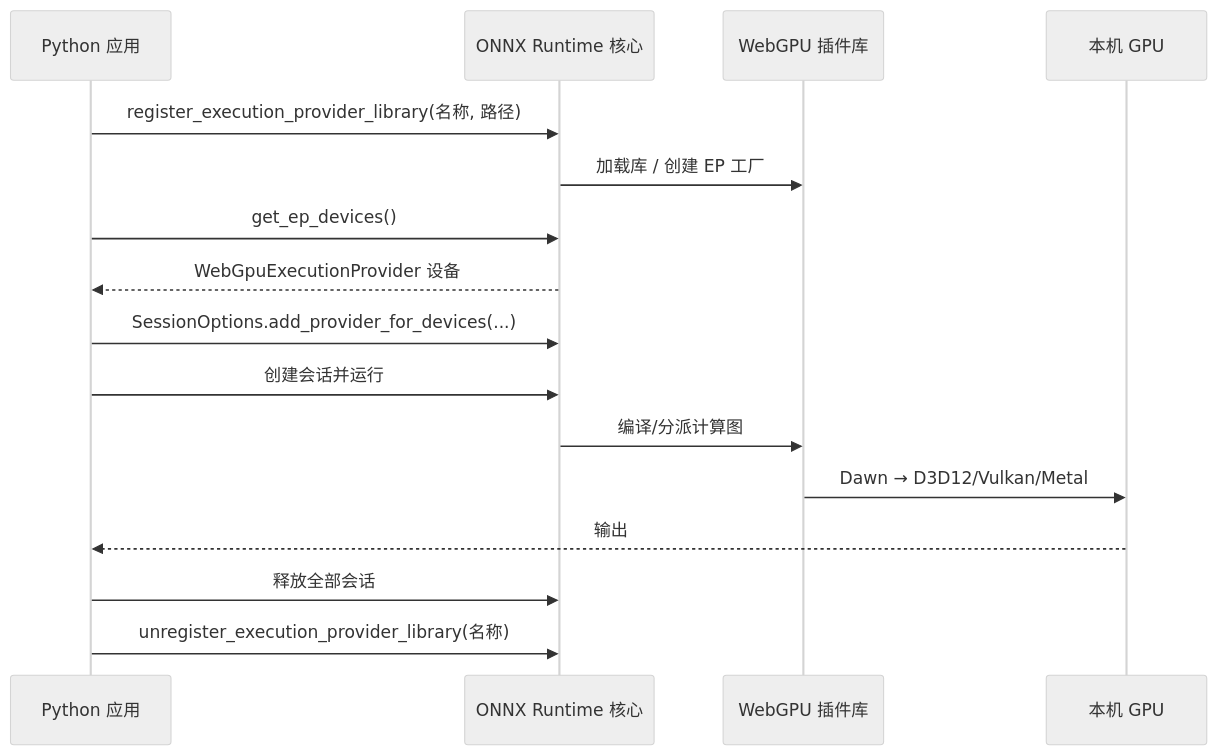
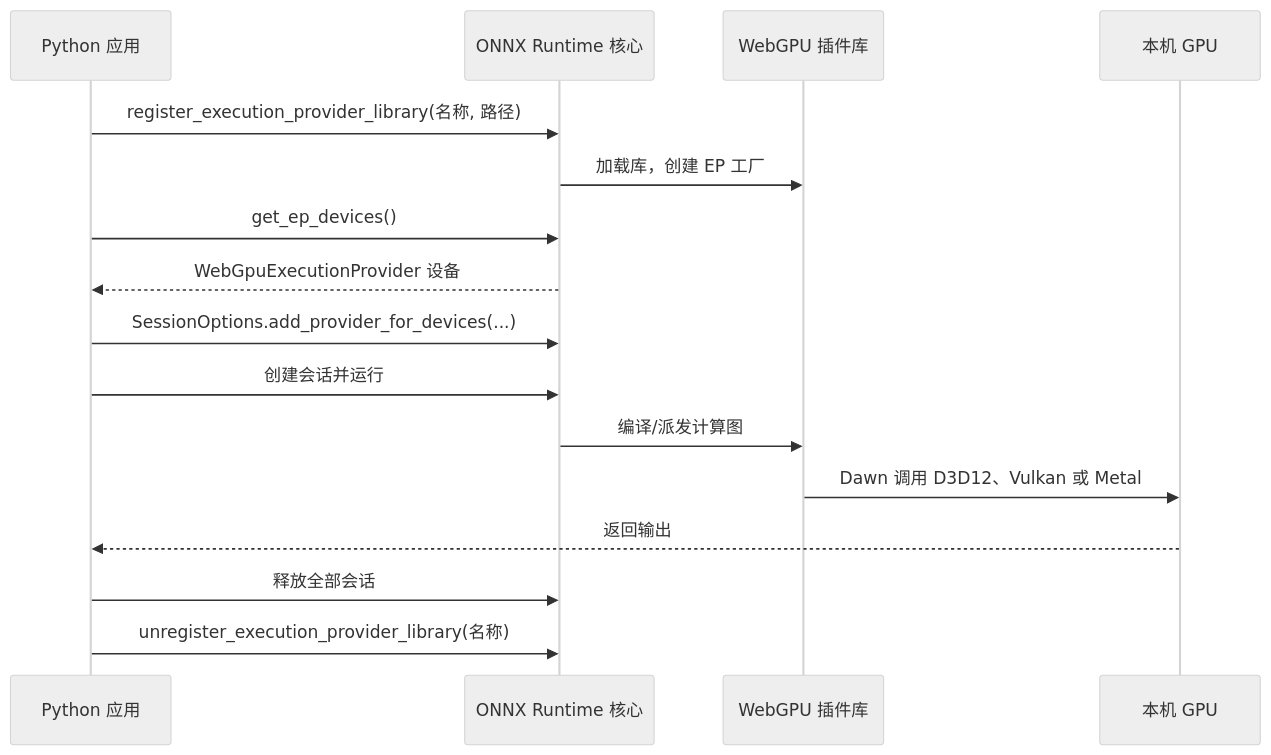
The fifth of 7 diagrams in WebGPU/README.zh-CN.md (DakeQQ/Tutorial-ONNX-Runtime-Execution-Providers), drawn with Mermaid (neutral theme) before and after one commit. The commit also changed other lines of this file and 15 other files, not shown here.

````diff
--- a/WebGPU/README.zh-CN.md
+++ b/WebGPU/README.zh-CN.md
@@ -521,18 +601,18 @@
 ```mermaid
 sequenceDiagram
     participant App as Python 应用
     participant ORT as ONNX Runtime 核心
     participant Lib as WebGPU 插件库
     participant GPU as 本机 GPU
     App->>ORT: register_execution_provider_library(名称, 路径)
-    ORT->>Lib: 加载库 / 创建 EP 工厂
+    ORT->>Lib: 加载库，创建 EP 工厂
     App->>ORT: get_ep_devices()
     ORT-->>App: WebGpuExecutionProvider 设备
     App->>ORT: SessionOptions.add_provider_for_devices(...)
     App->>ORT: 创建会话并运行
-    ORT->>Lib: 编译/分派计算图
-    Lib->>GPU: Dawn → D3D12/Vulkan/Metal
-    GPU-->>App: 输出
+    ORT->>Lib: 编译/派发计算图
+    Lib->>GPU: Dawn 调用 D3D12、Vulkan 或 Metal
+    GPU-->>App: 返回输出
     App->>ORT: 释放全部会话
     App->>ORT: unregister_execution_provider_library(名称)
 ```
````
